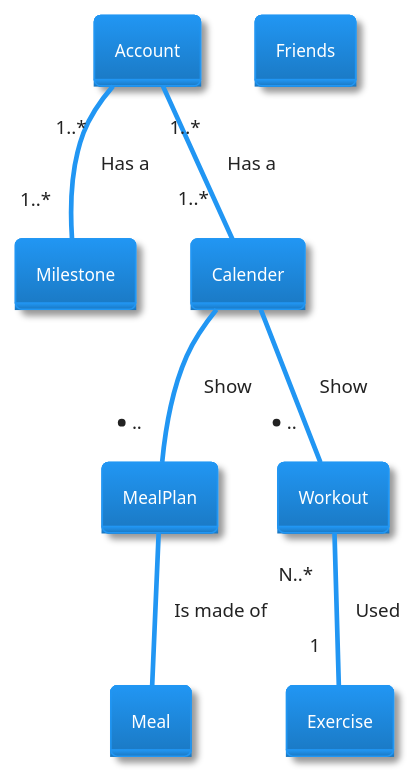
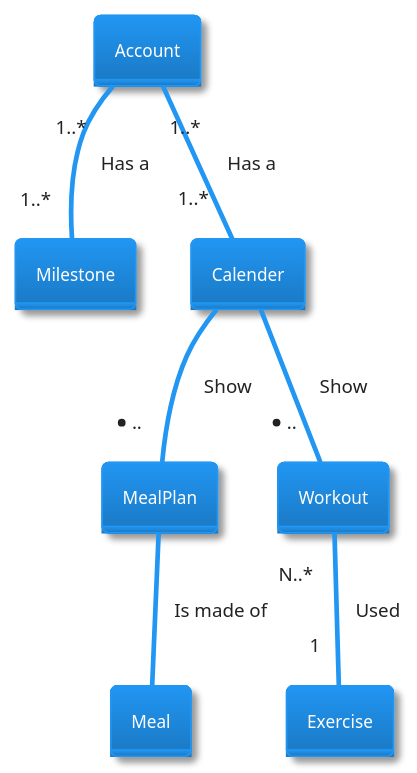
Before and after one commit to MartinStokholm/PRJ4_Repo: the first of 2 diagrams in UML/PlanUML/Entities.md, drawn with PlantUML. The commit also changed other lines of this file, not shown here.

Commit message:
Add entities

```diff
--- a/UML/PlanUML/Entities.md
+++ b/UML/PlanUML/Entities.md
@@ -161,7 +159,8 @@
 
 class Calender {
     Id
-    Date
+    Tuple (Workout, Date)
+    
 }
 
 Class Workout{
@@ -182,9 +181,6 @@
     Set
 }
 
-Class Friends {
-
-}
 
 'Account "1..*" -- "1..*" MealPlan : Has a 
 'Account "1..*" -- "1..*" Meal : Create
```
